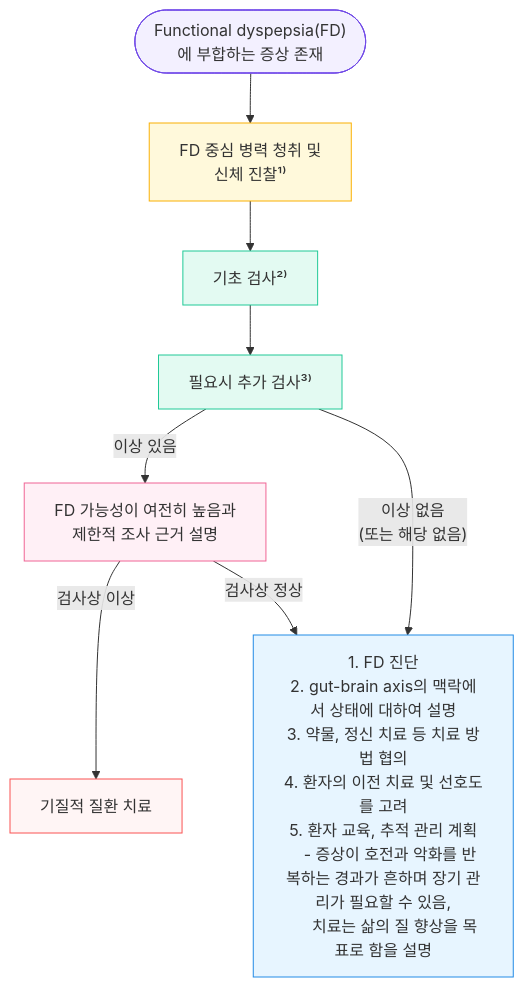
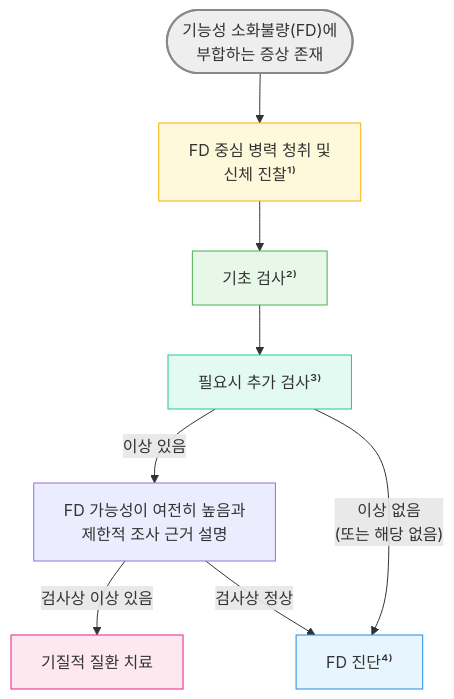
One commit to familyoh77/familyoh77 changed the diagram in 224_/076_-functional-dyspepsia-fd.md. Above: the diagram before and after it, drawn with Mermaid. The commit also changed other lines of this file, not shown here.

Commit message:
GITBOOK-897: No subject

````diff
--- a/224_/076_-functional-dyspepsia-fd.md
+++ b/224_/076_-functional-dyspepsia-fd.md
@@ -130,29 +130,21 @@
 ```mermaid
 graph TD
-    Start(["Functional dyspepsia(FD)에 부합하는 증상 존재"]) 
+    Start(["기능성 소화불량(FD)에 <br/>부합하는 증상 존재"]) 
     --> History["FD 중심 병력 청취 및<br/> 신체 진찰¹⁾"]
     History --> Labs["기초 검사²⁾"]
     Labs --> AddTest["필요시 추가 검사³⁾"]
 
     AddTest -- "이상 있음" --> Expl["FD 가능성이 여전히 높음과<br/>제한적 조사 근거 설명"]
     
-    Expl -- "검사상 이상" --> Organic["기질적 질환 치료"]
-    Expl -- "검사상 정상" --> FD_Diag["1. FD 진단
-2. gut-brain axis의 맥락에서 상태에 대하여 설명
-3. 약물, 정신 치료 등 치료 방법 협의
-4. 환자의 이전 치료 및 선호도를 고려
-5. 환자 교육, 추적 관리 계획
-   - 증상이 호전과 악화를 반복하는 경과가 흔하며 장기 관리가 필요할 수 있음,
-     치료는 삶의 질 향상을 목표로 함을 설명
-"]
+    Expl -- "검사상 이상 있음" --> Organic["기질적 질환 치료"]
+    Expl -- "검사상 정상" --> FD_Diag["FD 진단⁴⁾"]
     
     AddTest -- "이상 없음<br/>(또는 해당 없음)" --> FD_Diag
 
-    style Start fill:#f3f0ff,stroke:#7048e8
+    style Start fill:#eeeeee,stroke:#888888,stroke-width:2px
     style History fill:#fff9db,stroke:#fab005
-    style Labs fill:#e3faf2,stroke:#20c997
+    style Labs fill:#e8f8e8,stroke:#4caf50
     style AddTest fill:#e3faf2,stroke:#20c997
-    style Expl fill:#fff0f6,stroke:#f06595
     style FD_Diag fill:#e7f5ff,stroke:#228be6
-    style Organic fill:#fff5f5,stroke:#fa5252
+    style Organic fill:#fde8f0,stroke:#e91e8c
 ```
````
